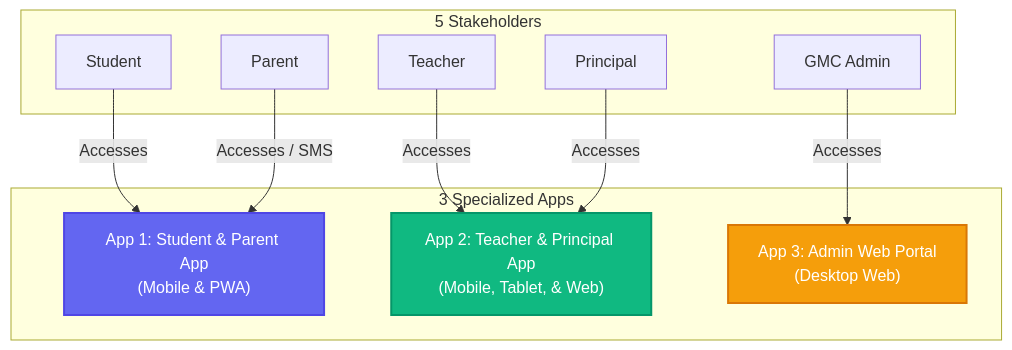
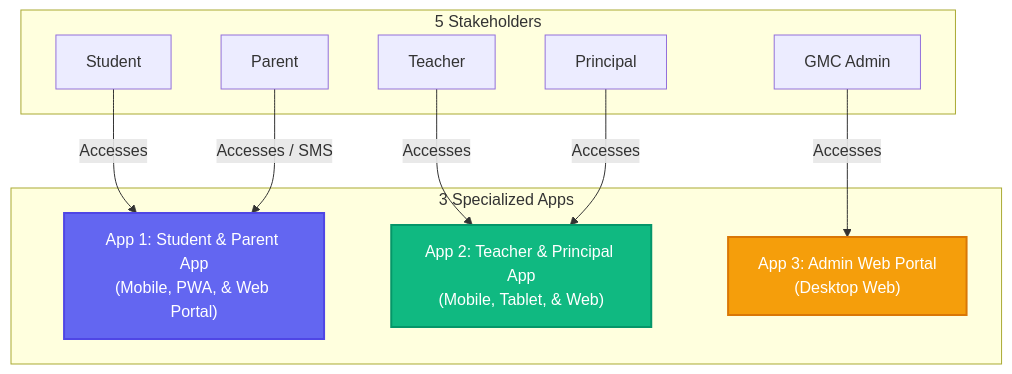
The diagram in docs/design/three-apps-proposal.mdx (Dhavalkurkutiya/gmc-education), drawn with Mermaid before and after one commit. The commit also changed other lines of this file and 1 other file, not shown here.

Commit message:
docs: create design proposal and requirements for the three-app architecture strategy

````diff
--- a/docs/design/three-apps-proposal.mdx
+++ b/docs/design/three-apps-proposal.mdx
@@ -18,26 +18,26 @@
 ```mermaid
 graph TD
     subgraph "5 Stakeholders"
         S[Student]
         P[Parent]
         T[Teacher]
         PR[Principal]
         A[GMC Admin]
     end
 
     subgraph "3 Specialized Apps"
-        App1["App 1: Student & Parent App<br/>(Mobile & PWA)"]
+        App1["App 1: Student & Parent App<br/>(Mobile, PWA, & Web Portal)"]
         App2["App 2: Teacher & Principal App<br/>(Mobile, Tablet, & Web)"]
         App3["App 3: Admin Web Portal<br/>(Desktop Web)"]
     end
 
     S -->|Accesses| App1
     P -->|Accesses / SMS| App1
     T -->|Accesses| App2
     PR -->|Accesses| App2
     A -->|Accesses| App3
 
     style App1 fill:#6366f1,stroke:#4f46e5,stroke-width:2px,color:#fff
     style App2 fill:#10b981,stroke:#059669,stroke-width:2px,color:#fff
     style App3 fill:#f59e0b,stroke:#d97706,stroke-width:2px,color:#fff
 ```
````
